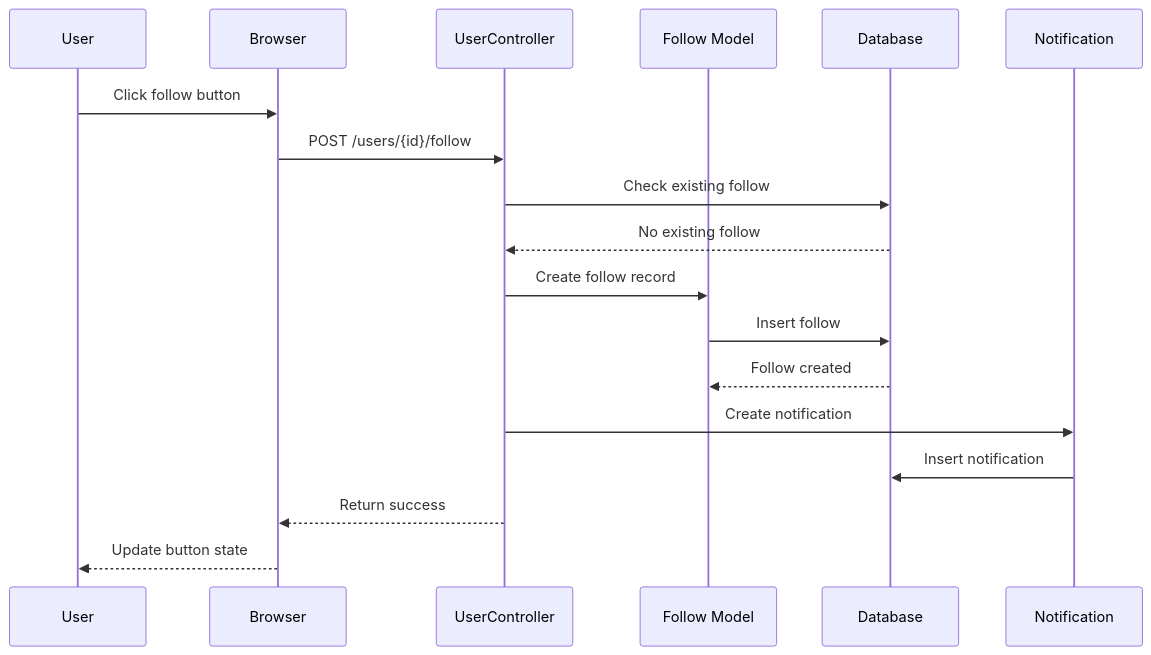
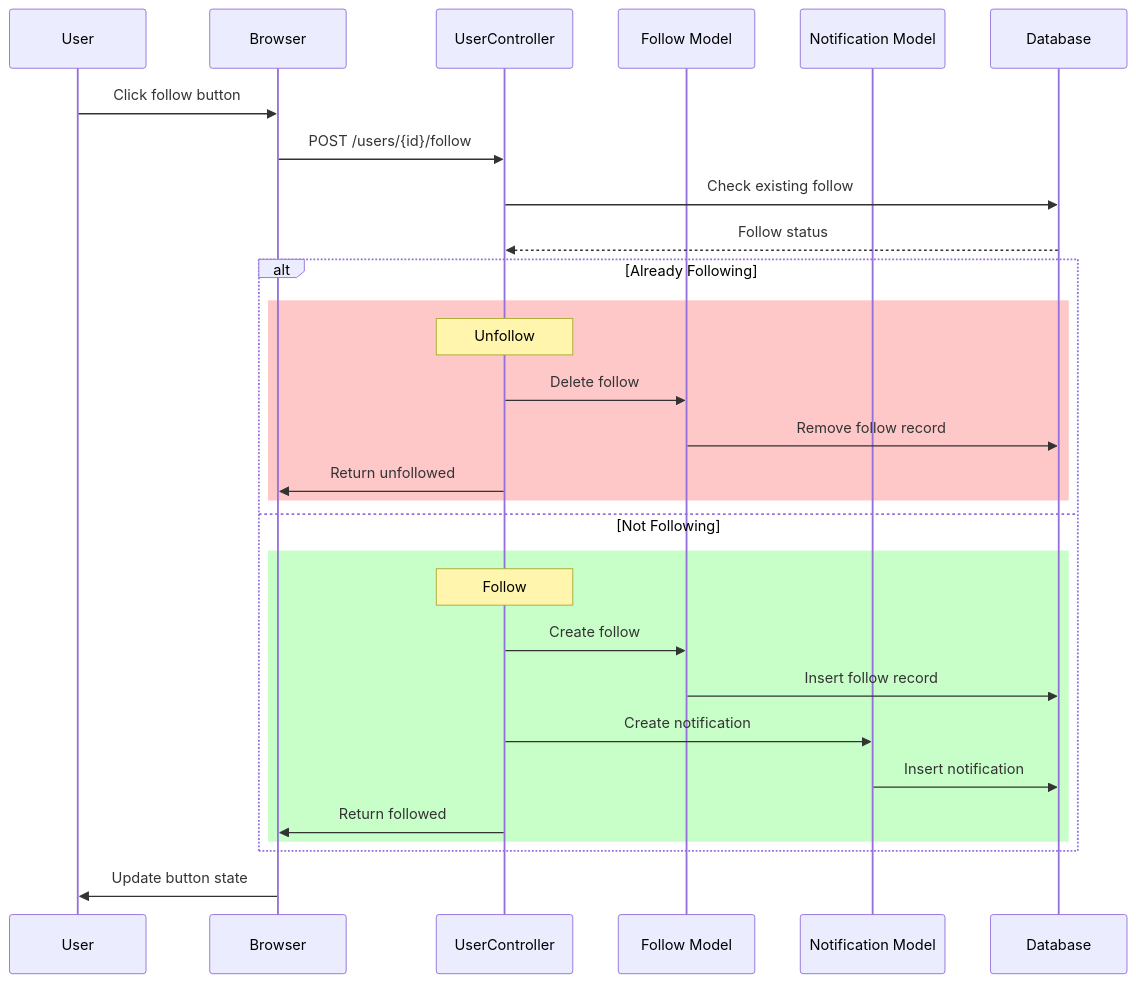
Before and after one commit to vd120/laravel_project: the ninth of 28 diagrams in UML.md, drawn with Mermaid. The commit also changed other lines of this file and 36 other files, not shown here.

````diff
--- a/UML.md
+++ b/UML.md
@@ -588,21 +1167,35 @@
 ```mermaid
 sequenceDiagram
     participant U as User
     participant B as Browser
     participant UC as UserController
-    participant F as Follow Model
+    participant FollowM as Follow Model
+    participant NotifM as Notification Model
     participant DB as Database
-    participant N as Notification
 
     U->>B: Click follow button
     B->>UC: POST /users/{id}/follow
+
     UC->>DB: Check existing follow
-    DB-->>UC: No existing follow
-    UC->>F: Create follow record
-    F->>DB: Insert follow
-    DB-->>F: Follow created
-    UC->>N: Create notification
-    N->>DB: Insert notification
-    UC-->>B: Return success
-    B-->>U: Update button state
+    DB-->>UC: Follow status
+
+    alt Already Following
+        rect rgb(255, 200, 200)
+            Note over UC: Unfollow
+            UC->>FollowM: Delete follow
+            FollowM->>DB: Remove follow record
+            UC->>B: Return unfollowed
+        end
+    else Not Following
+        rect rgb(200, 255, 200)
+            Note over UC: Follow
+            UC->>FollowM: Create follow
+            FollowM->>DB: Insert follow record
+            UC->>NotifM: Create notification
+            NotifM->>DB: Insert notification
+            UC->>B: Return followed
+        end
+    end
+
+    B->>U: Update button state
 ```
````
